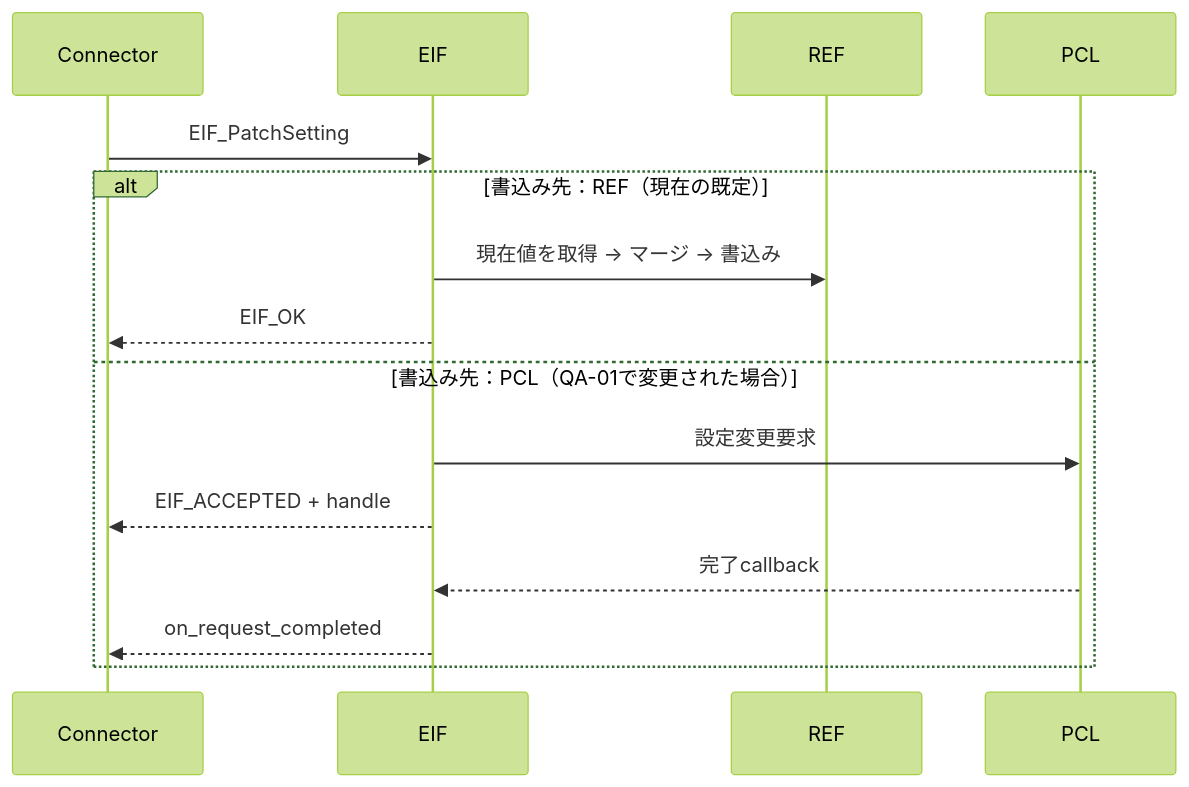
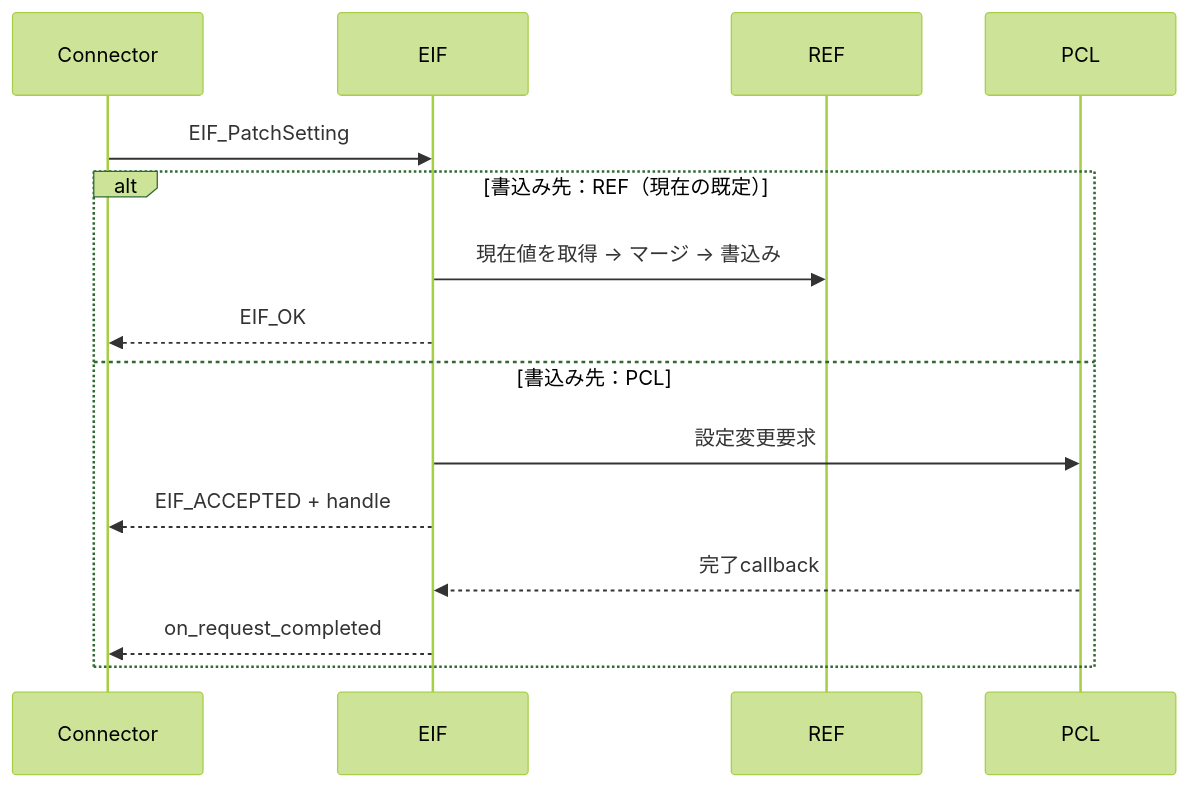
The seventh of 8 diagrams in 03.EIF設計/設計/仕様設計書.md (ceedling-vxworks-test-generator/EIF-design), drawn with Mermaid (forest theme) before and after one commit. The commit also changed other lines of this file and 14 other files, not shown here.

First line of the commit message:
仕様設計DRの指摘を反映（仕様設計書・詳細設計書 0.02）、詳細構成図を追加

````diff
--- a/03.EIF設計/設計/仕様設計書.md
+++ b/03.EIF設計/設計/仕様設計書.md
@@ -1051,17 +1078,17 @@
 ```mermaid
 sequenceDiagram
     participant CN as Connector
     participant EIF as EIF
     participant REF as REF
     participant PCL as PCL
     CN->>EIF: EIF_PatchSetting
     alt 書込み先：REF（現在の既定）
         EIF->>REF: 現在値を取得 → マージ → 書込み
         EIF-->>CN: EIF_OK
-    else 書込み先：PCL（QA-01で変更された場合）
+    else 書込み先：PCL
         EIF->>PCL: 設定変更要求
         EIF-->>CN: EIF_ACCEPTED + handle
         PCL-->>EIF: 完了callback
         EIF-->>CN: on_request_completed
     end
 ```
````
